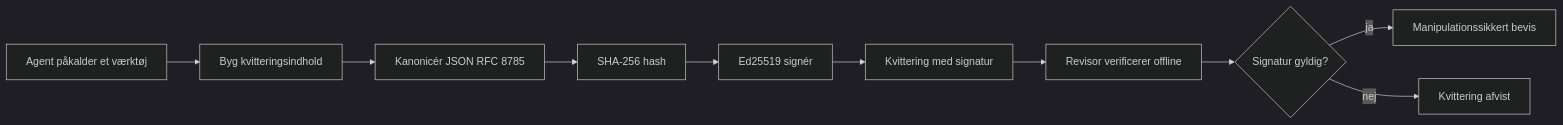
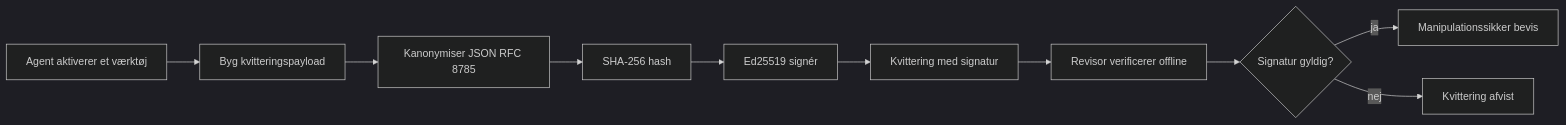
The first of 2 diagrams in translations/da/18-securing-ai-agents/README.md (microsoft/ai-agents-for-beginners), drawn with Mermaid (dark theme) before and after one commit. The commit also changed other lines of this file and 93 other files, not shown here.

````diff
--- a/translations/da/18-securing-ai-agents/README.md
+++ b/translations/da/18-securing-ai-agents/README.md
@@ -51,12 +51,12 @@
 ```mermaid
 flowchart LR
-    A[Agent påkalder et værktøj] --> B[Byg kvitteringsindhold]
-    B --> C[Kanonicér JSON RFC 8785]
+    A[Agent aktiverer et værktøj] --> B[Byg kvitteringspayload]
+    B --> C[Kanonymiser JSON RFC 8785]
     C --> D[SHA-256 hash]
     D --> E[Ed25519 signér]
     E --> F[Kvittering med signatur]
     F --> G[Revisor verificerer offline]
     G --> H{Signatur gyldig?}
-    H -- ja --> I[Manipulationssikkert bevis]
+    H -- ja --> I[Manipulationssikker bevis]
     H -- nej --> J[Kvittering afvist]
 ```
````
